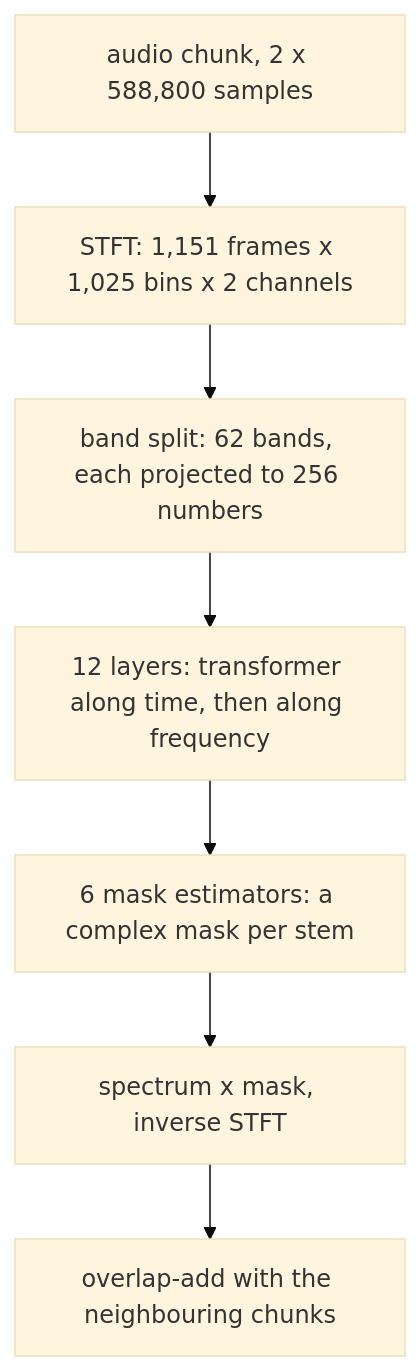
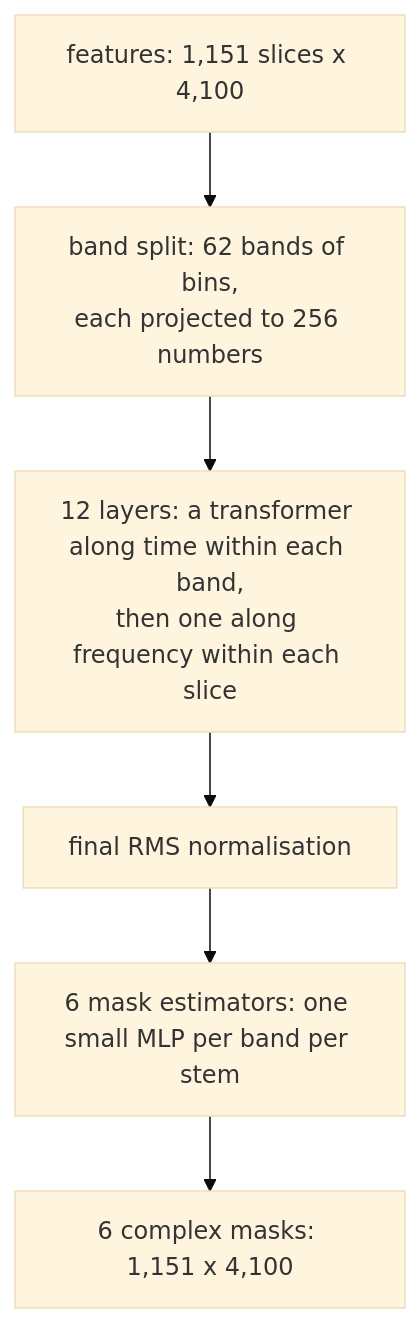
One commit to lloydmeta/stemyla changed the third of 4 diagrams in docs/ARCHITECTURE.md. Above: the diagram before and after it, drawn with Mermaid (base theme). The commit also changed other lines of this file, not shown here.

First line of the commit message:
Add more docs around architecture (#3)

````diff
--- a/docs/ARCHITECTURE.md
+++ b/docs/ARCHITECTURE.md
@@ -43,9 +71,8 @@
 ```mermaid
 flowchart TD
-  A["audio chunk, 2 x 588,800 samples"] --> B["STFT: 1,151 frames x 1,025 bins x 2 channels"]
-  B --> C["band split: 62 bands, each projected to 256 numbers"]
-  C --> D["12 layers: transformer along time, then along frequency"]
-  D --> E["6 mask estimators: a complex mask per stem"]
-  E --> F["spectrum x mask, inverse STFT"]
-  F --> G["overlap-add with the neighbouring chunks"]
+  F["features: 1,151 slices x 4,100"] --> B["band split: 62 bands of bins,<br/>each projected to 256 numbers"]
+  B --> L["12 layers: a transformer along time within each band,<br/>then one along frequency within each slice"]
+  L --> N["final RMS normalisation"]
+  N --> M["6 mask estimators: one small MLP per band per stem"]
+  M --> O["6 complex masks: 1,151 x 4,100"]
 ```
````
